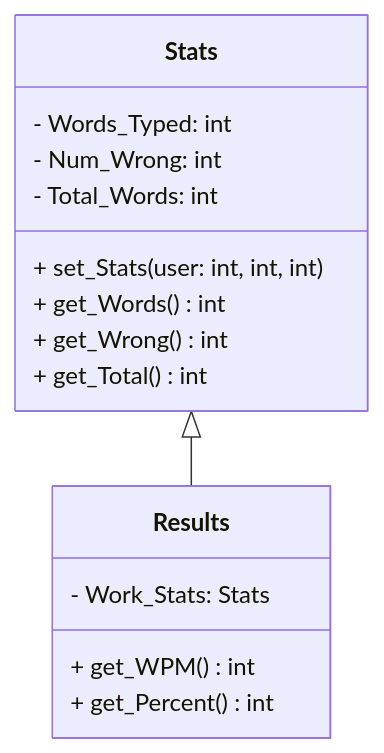
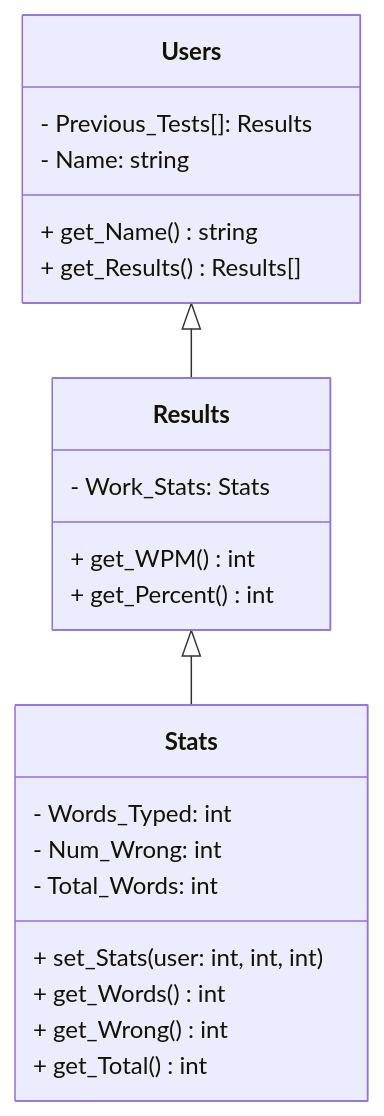
The diagram in README.md (raprado03/tippitytappity-design), drawn with Mermaid before and after one commit.

````diff
--- a/README.md
+++ b/README.md
@@ -8,18 +8,25 @@
 ```mermaid
 classDiagram
-  Stats <|-- Results
+  Results <|-- Stats
+  Users <|-- Results
   class Stats{
         - Words_Typed: int
         - Num_Wrong: int
         - Total_Words: int
         + set_Stats(user: int, int, int)
         + get_Words() int
         + get_Wrong() int
         + get_Total() int
   }
   class Results{
         - Work_Stats: Stats
         + get_WPM() int
         + get_Percent() int
   }
+  class Users{
+        - Previous_Tests[]: Results
+        - Name: string
+        + get_Name() string
+        + get_Results() Results[]
+  }
 ```
````
